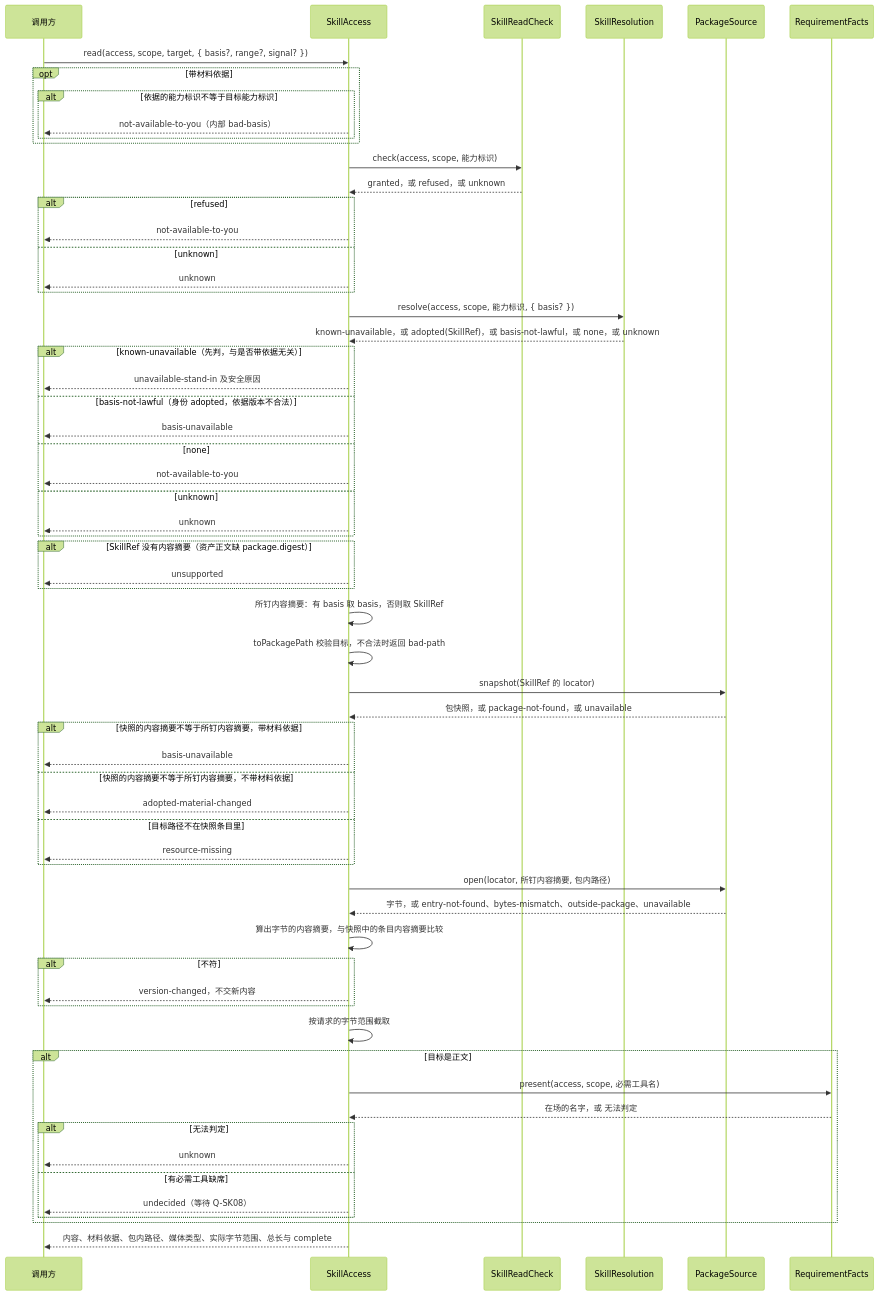
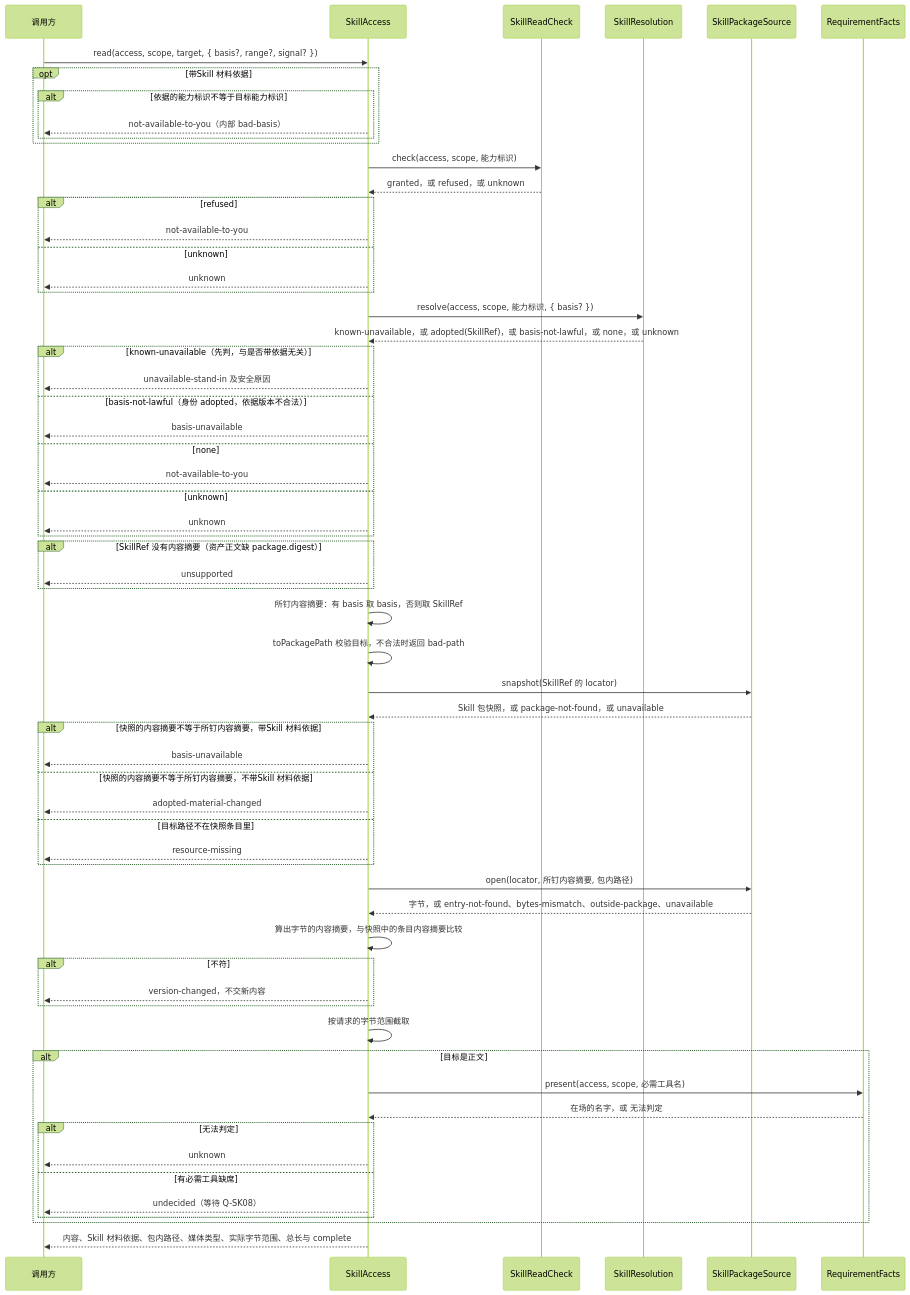
The third of 4 diagrams in packages/skills/docs/key-flows.md (nemori-ai/omne-harness-lite), drawn with Mermaid (forest theme) before and after one commit. The commit also changed other lines of this file and 8 other files, not shown here.

First line of the commit message:
docs(skills): 三个新词加 Skill 前缀：Skill 包快照、Skill 包来源、Skill 材料依据

````diff
--- a/packages/skills/docs/key-flows.md
+++ b/packages/skills/docs/key-flows.md
@@ -88,64 +88,64 @@
 ```mermaid
 sequenceDiagram
   participant C as 调用方
   participant A as SkillAccess
   participant E as SkillReadCheck
   participant V as SkillResolution
-  participant S as PackageSource
+  participant S as SkillPackageSource
   participant F as RequirementFacts
   C->>A: read(access, scope, target, { basis?, range?, signal? })
-  opt 带材料依据
+  opt 带Skill 材料依据
     alt 依据的能力标识不等于目标能力标识
       A-->>C: not-available-to-you（内部 bad-basis）
     end
   end
   A->>E: check(access, scope, 能力标识)
   E-->>A: granted，或 refused，或 unknown
   alt refused
     A-->>C: not-available-to-you
   else unknown
     A-->>C: unknown
   end
   A->>V: resolve(access, scope, 能力标识, { basis? })
   V-->>A: known-unavailable，或 adopted(SkillRef)，或 basis-not-lawful，或 none，或 unknown
   alt known-unavailable（先判，与是否带依据无关）
     A-->>C: unavailable-stand-in 及安全原因
   else basis-not-lawful（身份 adopted，依据版本不合法）
     A-->>C: basis-unavailable
   else none
     A-->>C: not-available-to-you
   else unknown
     A-->>C: unknown
   end
   alt SkillRef 没有内容摘要（资产正文缺 package.digest）
     A-->>C: unsupported
   end
   A->>A: 所钉内容摘要：有 basis 取 basis，否则取 SkillRef
   A->>A: toPackagePath 校验目标，不合法时返回 bad-path
   A->>S: snapshot(SkillRef 的 locator)
-  S-->>A: 包快照，或 package-not-found，或 unavailable
-  alt 快照的内容摘要不等于所钉内容摘要，带材料依据
+  S-->>A: Skill 包快照，或 package-not-found，或 unavailable
+  alt 快照的内容摘要不等于所钉内容摘要，带Skill 材料依据
     A-->>C: basis-unavailable
-  else 快照的内容摘要不等于所钉内容摘要，不带材料依据
+  else 快照的内容摘要不等于所钉内容摘要，不带Skill 材料依据
     A-->>C: adopted-material-changed
   else 目标路径不在快照条目里
     A-->>C: resource-missing
   end
   A->>S: open(locator, 所钉内容摘要, 包内路径)
   S-->>A: 字节，或 entry-not-found、bytes-mismatch、outside-package、unavailable
   A->>A: 算出字节的内容摘要，与快照中的条目内容摘要比较
   alt 不符
     A-->>C: version-changed，不交新内容
   end
   A->>A: 按请求的字节范围截取
   alt 目标是正文
     A->>F: present(access, scope, 必需工具名)
     F-->>A: 在场的名字，或 无法判定
     alt 无法判定
       A-->>C: unknown
     else 有必需工具缺席
       A-->>C: undecided（等待 Q-SK08）
     end
   end
-  A-->>C: 内容、材料依据、包内路径、媒体类型、实际字节范围、总长与 complete
+  A-->>C: 内容、Skill 材料依据、包内路径、媒体类型、实际字节范围、总长与 complete
 ```
````
